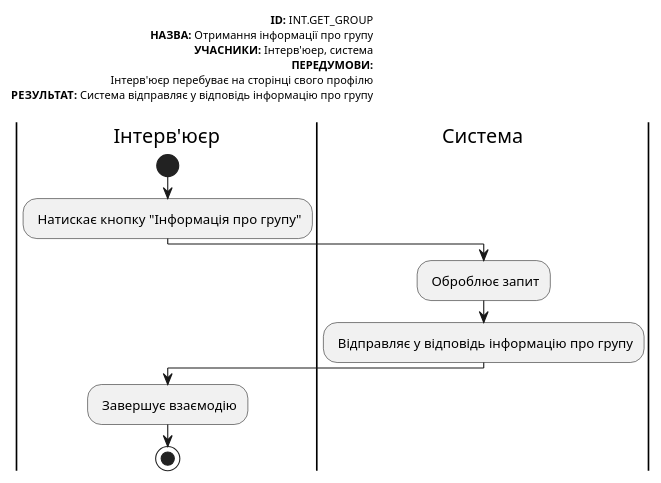
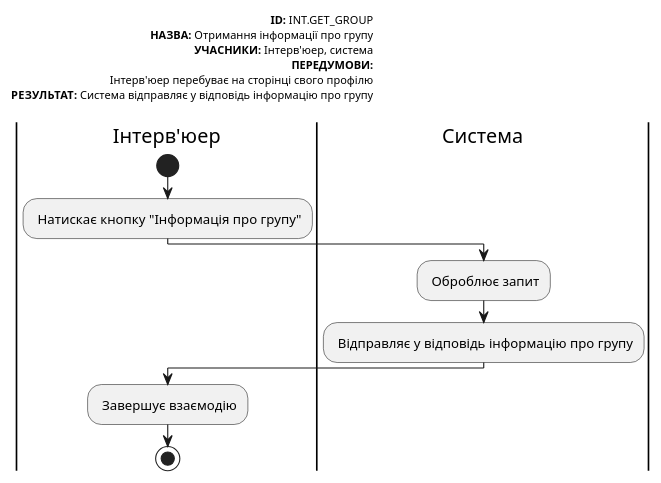
Before and after one commit to michigang1/ImForms: diagram 18 of 22 in docs/use cases/README.md, drawn with PlantUML. The commit also changed other lines of this file, not shown here.

```diff
--- a/docs/use cases/README.md
+++ b/docs/use cases/README.md
@@ -570,23 +567,23 @@
 @startuml
 left header
 <font color=000 size=10><b>ID:</b> INT.GET_GROUP
 <font color=000 size=10><b>НАЗВА:</b> Отримання інформації про групу
 <font color=000 size=10><b>УЧАСНИКИ:</b> Інтерв'юер, система  
 <font color=000 size=10><b>ПЕРЕДУМОВИ:</b>
-<font color=000 size=10> Інтерв'юєр перебуває на сторінці свого профілю
+<font color=000 size=10> Інтерв'юер перебуває на сторінці свого профілю
 <font color=000 size=10><b>РЕЗУЛЬТАТ:</b> Система відправляє у відповідь інформацію про групу
 
 end header
 
-|Інтерв'юєр|
+|Інтерв'юер|
         start
         : Натискає кнопку "Інформація про групу";
 
 |Система|
         : Оброблює запит;
         : Відправляє у відповідь інформацію про групу;
 
-|Інтерв'юєр|
+|Інтерв'юер|
         : Завершує взаємодію;
         stop;
 @enduml
```
